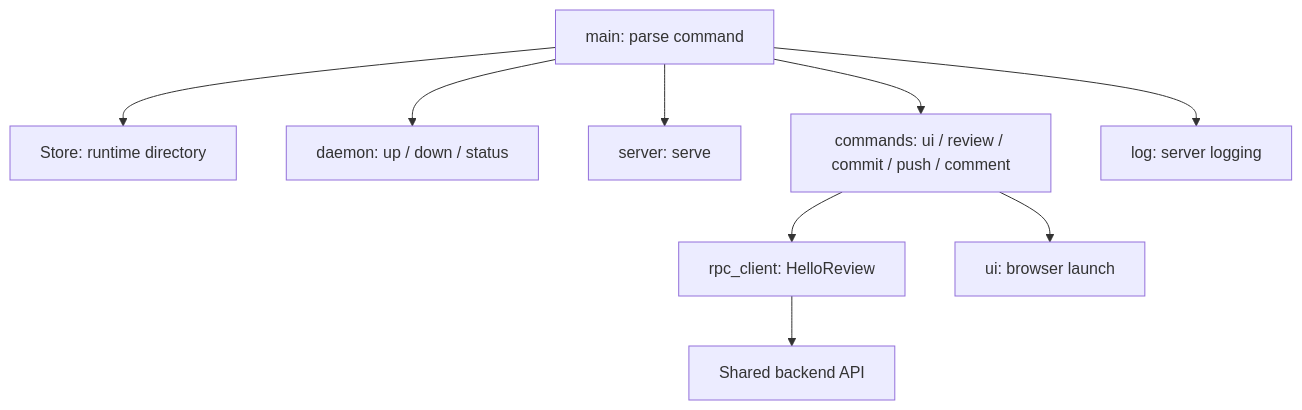
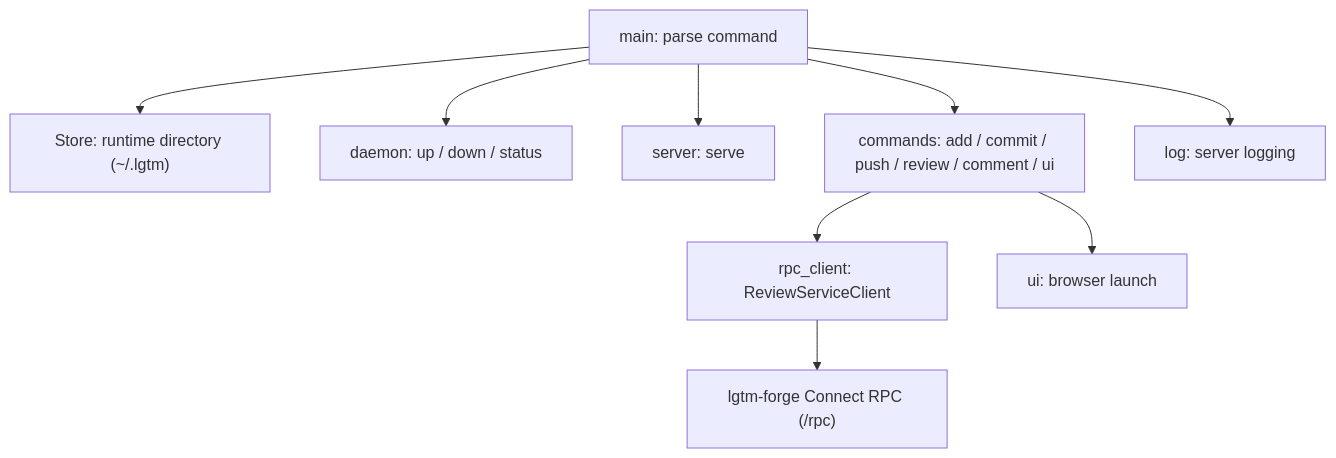
The first of 2 diagrams in docs/architecture/cli/index.md (difflab-io/lgtm), drawn with Mermaid before and after one commit. The commit also changed other lines of this file and 121 other files, not shown here.

First line of the commit message:
feat(forge,db): implement SeaORM persistence client, ReviewService, SnapshotStore, and RemoteForge (#9)

````diff
--- a/docs/architecture/cli/index.md
+++ b/docs/architecture/cli/index.md
@@ -49,11 +70,11 @@
 ```mermaid
 flowchart TD
-    MAIN["main: parse command"] --> STORE["Store: runtime directory"]
+    MAIN["main: parse command"] --> STORE["Store: runtime directory (~/.lgtm)"]
     MAIN --> DAEMON["daemon: up / down / status"]
     MAIN --> SERVER["server: serve"]
-    MAIN --> COMMANDS["commands: ui / review / commit / push / comment"]
-    COMMANDS --> CLIENT["rpc_client: HelloReview"]
+    MAIN --> COMMANDS["commands: add / commit / push / review / comment / ui"]
+    COMMANDS --> CLIENT["rpc_client: ReviewServiceClient"]
     COMMANDS --> UI["ui: browser launch"]
-    CLIENT --> BACKEND["Shared backend API"]
+    CLIENT --> FORGE["lgtm-forge Connect RPC (/rpc)"]
     MAIN --> LOG["log: server logging"]
 ```
````
